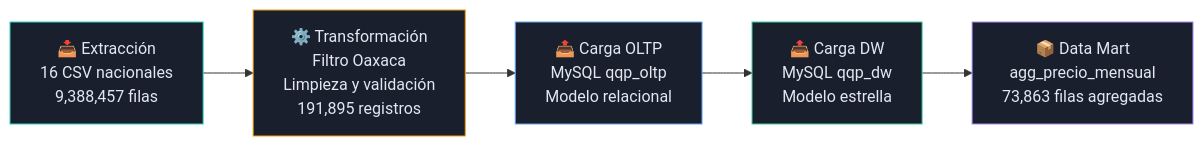
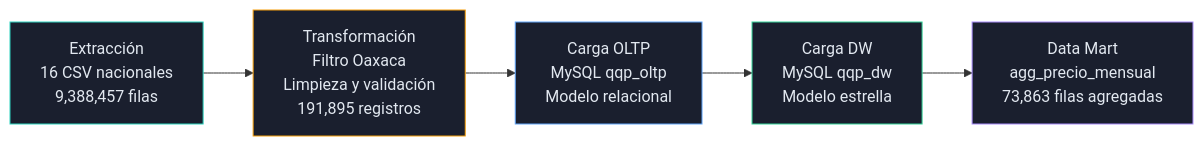
Before and after one commit to LeonardoSGP/qqp-oaxaca-dashboard: the first of 2 diagrams in README.md, drawn with Mermaid. The commit also changed other lines of this file and 8 other files, not shown here.

````diff
--- a/README.md
+++ b/README.md
@@ -41,13 +41,13 @@
 ```mermaid
 flowchart LR
-    A["📥 Extracción\n16 CSV nacionales\n9,388,457 filas"] --> B["⚙️ Transformación\nFiltro Oaxaca\nLimpieza y validación\n191,895 registros"]
-    B --> C["📤 Carga OLTP\nMySQL qqp_oltp\nModelo relacional"]
-    C --> D["📤 Carga DW\nMySQL qqp_dw\nModelo estrella"]
-    D --> E["📦 Data Mart\nagg_precio_mensual\n73,863 filas agregadas"]
+    A["Extracción\n16 CSV nacionales\n9,388,457 filas"] --> B["Transformación\nFiltro Oaxaca\nLimpieza y validación\n191,895 registros"]
+    B --> C["Carga OLTP\nMySQL qqp_oltp\nModelo relacional"]
+    C --> D["Carga DW\nMySQL qqp_dw\nModelo estrella"]
+    D --> E["Data Mart\nagg_precio_mensual\n73,863 filas agregadas"]
 
     style A fill:#1A1F2E,stroke:#2DD4BF,color:#E2E8F0
     style B fill:#1A1F2E,stroke:#F59E0B,color:#E2E8F0
     style C fill:#1A1F2E,stroke:#60A5FA,color:#E2E8F0
     style D fill:#1A1F2E,stroke:#34D399,color:#E2E8F0
     style E fill:#1A1F2E,stroke:#A78BFA,color:#E2E8F0
 ```
````
